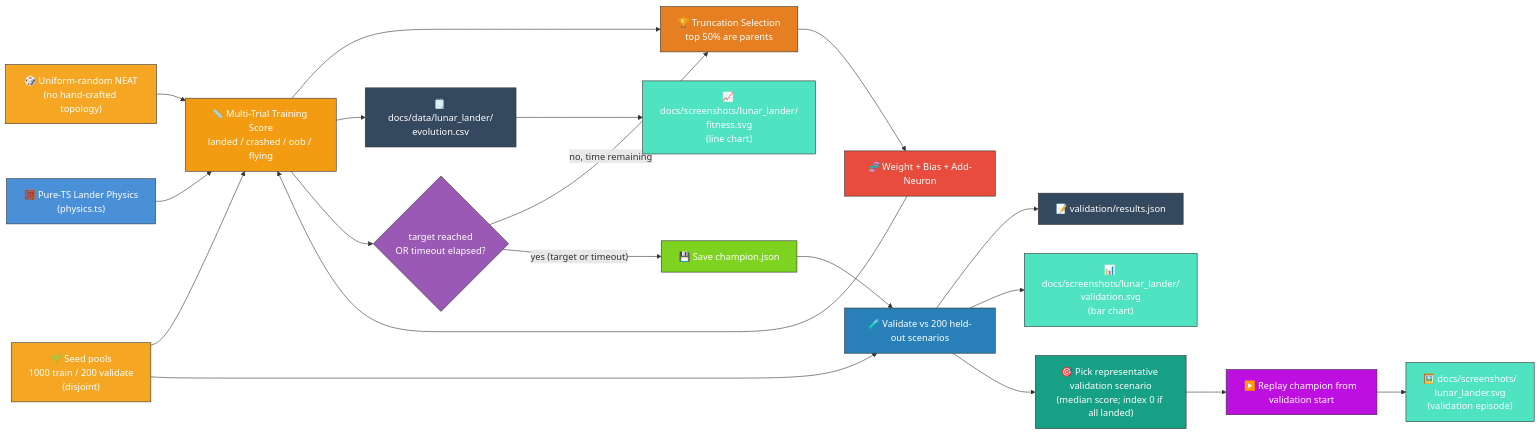
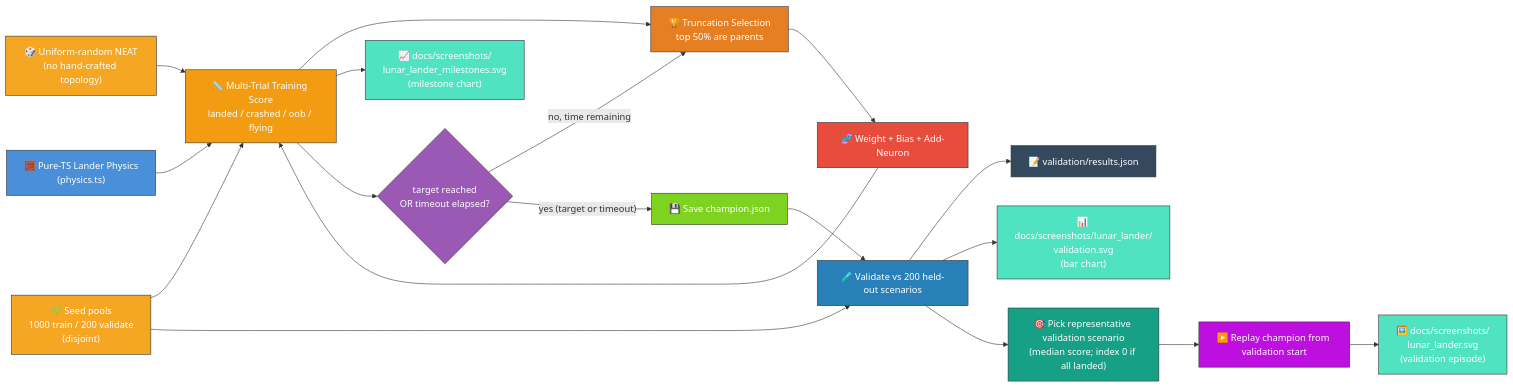
Before and after one commit to stSoftwareAU/NEAT-AI-Examples: the first of 2 diagrams in lunar_lander/README.md, drawn with Mermaid. The commit also changed other lines of this file and 11 other files, not shown here.

First line of the commit message:
Migrate lunar_lander to milestone-only telemetry

````diff
--- a/lunar_lander/README.md
+++ b/lunar_lander/README.md
@@ -44,55 +43,52 @@
 ```mermaid
 flowchart LR
     PHYS["🧮 Pure-TS Lander Physics<br/>(physics.ts)"]
     INIT["🎲 Uniform-random NEAT<br/>(no hand-crafted topology)"]
     POOLS["🌱 Seed pools<br/>1000 train / 200 validate<br/>(disjoint)"]
     TRAIN["📏 Multi-Trial Training Score<br/>landed / crashed / oob / flying"]
     SELECT["🏆 Truncation Selection<br/>top 50% are parents"]
     MUTATE["🧬 Weight + Bias + Add-Neuron"]
     STOP{"target reached<br/>OR timeout elapsed?"}
     CHAMP["💾 Save champion.json"]
     VALID["🧪 Validate vs 200 held-out scenarios"]
     PICK["🎯 Pick representative validation scenario<br/>(median score; index 0 if all landed)"]
     RUN["▶️ Replay champion from validation start"]
     JSON["📝 validation/results.json"]
-    CSV["🗒️ docs/data/lunar_lander/<br/>evolution.csv"]
-    FITN["📈 docs/screenshots/lunar_lander/<br/>fitness.svg<br/>(line chart)"]
+    MILES["📈 docs/screenshots/<br/>lunar_lander_milestones.svg<br/>(milestone chart)"]
     BARS["📊 docs/screenshots/lunar_lander/<br/>validation.svg<br/>(bar chart)"]
     SVG["🖼️ docs/screenshots/<br/>lunar_lander.svg<br/>(validation episode)"]
 
     INIT --> TRAIN
     PHYS --> TRAIN
     POOLS --> TRAIN
     POOLS --> VALID
     TRAIN --> SELECT
     SELECT --> MUTATE
     MUTATE --> TRAIN
-    TRAIN --> CSV
+    TRAIN --> MILES
     TRAIN --> STOP
     STOP -- "no, time remaining" --> SELECT
     STOP -- "yes (target or timeout)" --> CHAMP
-    CSV --> FITN
     CHAMP --> VALID
     VALID --> JSON
     VALID --> BARS
     VALID --> PICK
     PICK --> RUN
     RUN --> SVG
 
     style PHYS fill:#4a90d9,stroke:#333,color:#fff
     style INIT fill:#f5a623,stroke:#333,color:#fff
     style POOLS fill:#f5a623,stroke:#333,color:#fff
     style TRAIN fill:#f39c12,stroke:#333,color:#fff
     style SELECT fill:#e67e22,stroke:#333,color:#fff
     style MUTATE fill:#e74c3c,stroke:#333,color:#fff
     style STOP fill:#9b59b6,stroke:#333,color:#fff
     style CHAMP fill:#7ed321,stroke:#333,color:#fff
     style VALID fill:#2980b9,stroke:#333,color:#fff
     style PICK fill:#16a085,stroke:#333,color:#fff
     style RUN fill:#bd10e0,stroke:#333,color:#fff
     style JSON fill:#34495e,stroke:#333,color:#fff
-    style CSV fill:#34495e,stroke:#333,color:#fff
-    style FITN fill:#50e3c2,stroke:#333,color:#fff
+    style MILES fill:#50e3c2,stroke:#333,color:#fff
     style BARS fill:#50e3c2,stroke:#333,color:#fff
     style SVG fill:#50e3c2,stroke:#333,color:#fff
 ```
````
